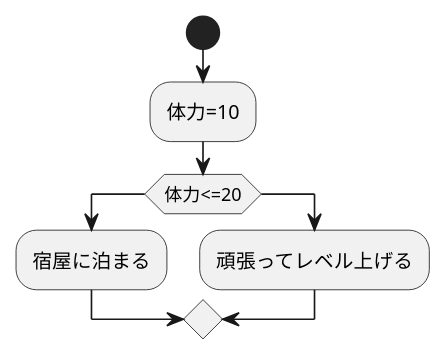
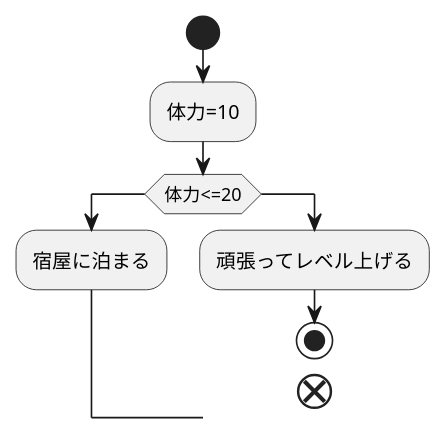
One commit to Aso2001378/2021sys-design changed the diagram in kadai1.md. Above: the diagram before and after it, drawn with PlantUML.

````diff
--- a/kadai1.md
+++ b/kadai1.md
@@ -1,11 +1,12 @@
 ```uml
 @startuml
 start
 :体力=10;
 if(体力<=20)
 :宿屋に泊まる;
 else 
 :頑張ってレベル上げる;
-
+stop
+end
 @enduml
 ```
````
